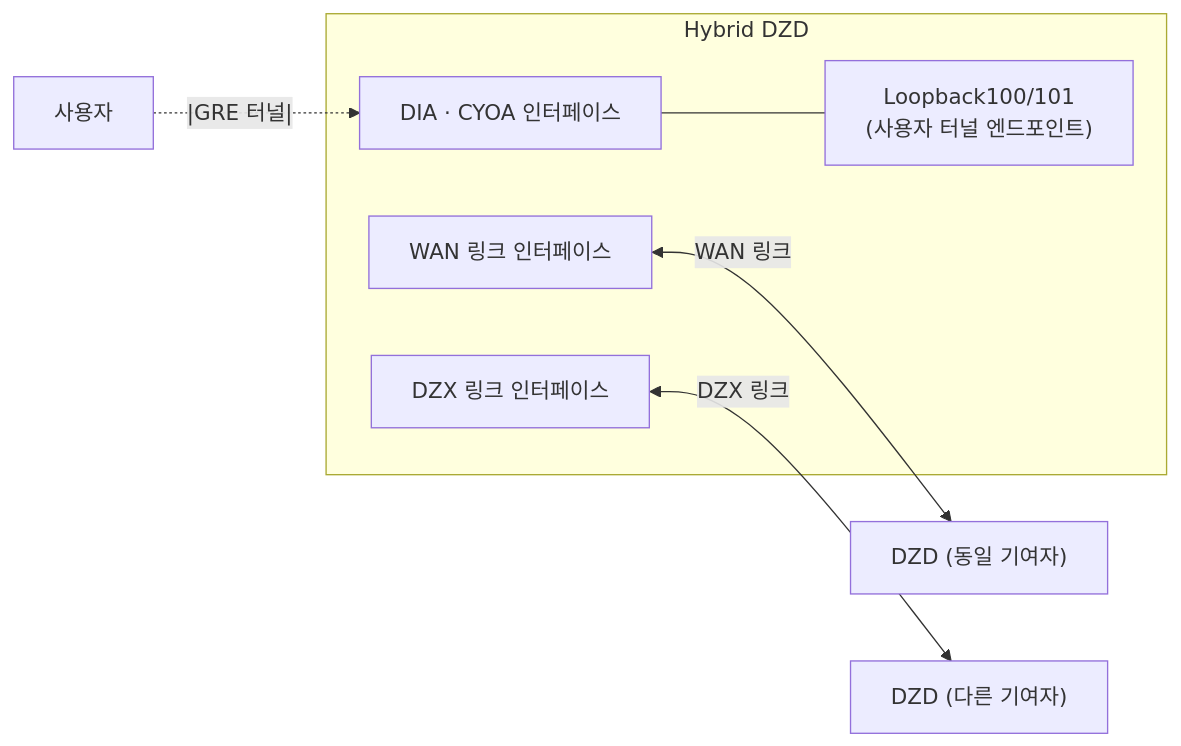
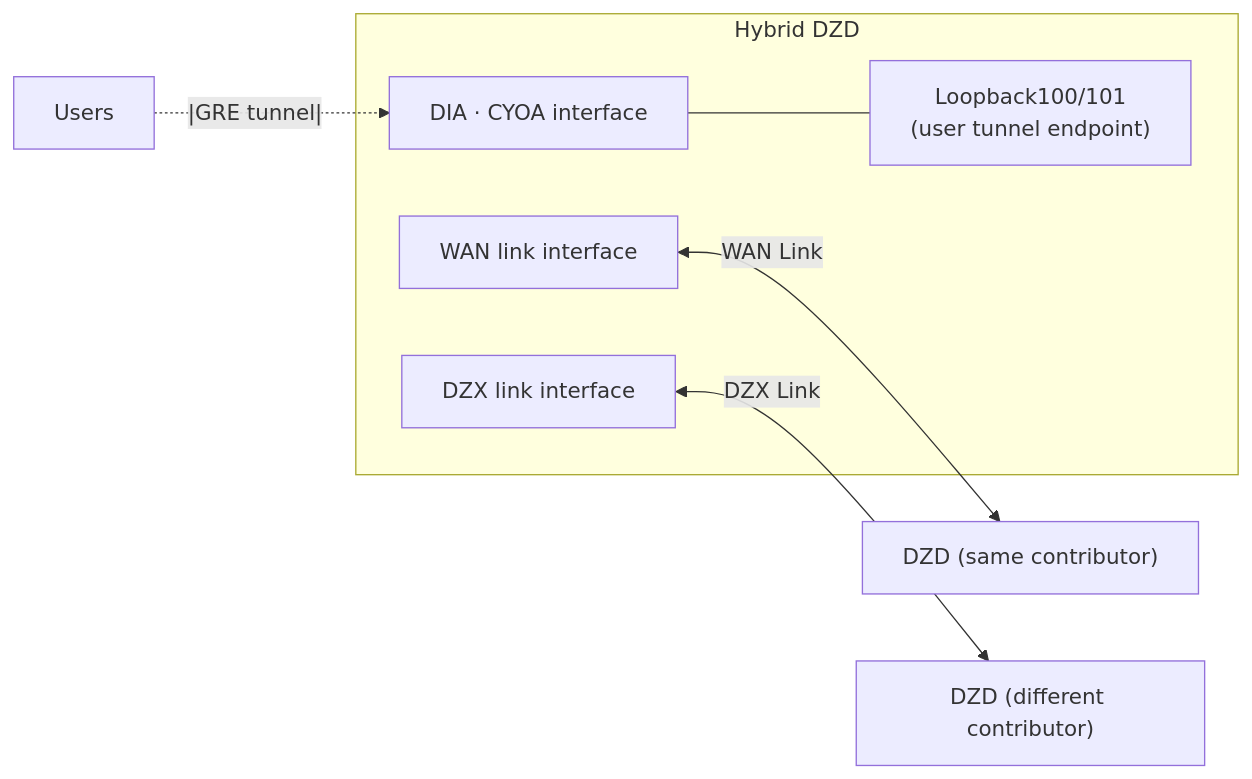
Before and after one commit to malbeclabs/docs: the seventh of 13 diagrams in docs/contribute-provisioning.ko.md, drawn with Mermaid. The commit also changed other lines of this file and 130 other files, not shown here.

````diff
--- a/docs/contribute-provisioning.ko.md
+++ b/docs/contribute-provisioning.ko.md
@@ -304,14 +304,14 @@
 ```mermaid
 flowchart LR
     subgraph HDZD[Hybrid DZD]
-        H_CYOA["DIA · CYOA 인터페이스"]
+        H_CYOA["DIA · CYOA interface"]
         H_TUN["Loopback100/101
-        (사용자 터널 엔드포인트)"]
-        H_WAN["WAN 링크 인터페이스"]
-        H_DZX["DZX 링크 인터페이스"]
+        (user tunnel endpoint)"]
+        H_WAN["WAN link interface"]
+        H_DZX["DZX link interface"]
         H_CYOA --- H_TUN
     end
-    HU["사용자"] -.|GRE 터널|.-> H_CYOA
-    H_WAN <-->|WAN 링크| H2["DZD (동일 기여자)"]
-    H_DZX <-->|DZX 링크| HD["DZD (다른 기여자)"]
+    HU["Users"] -.|GRE tunnel|.-> H_CYOA
+    H_WAN <-->|WAN Link| H2["DZD (same contributor)"]
+    H_DZX <-->|DZX Link| HD["DZD (different contributor)"]
 ```
````
